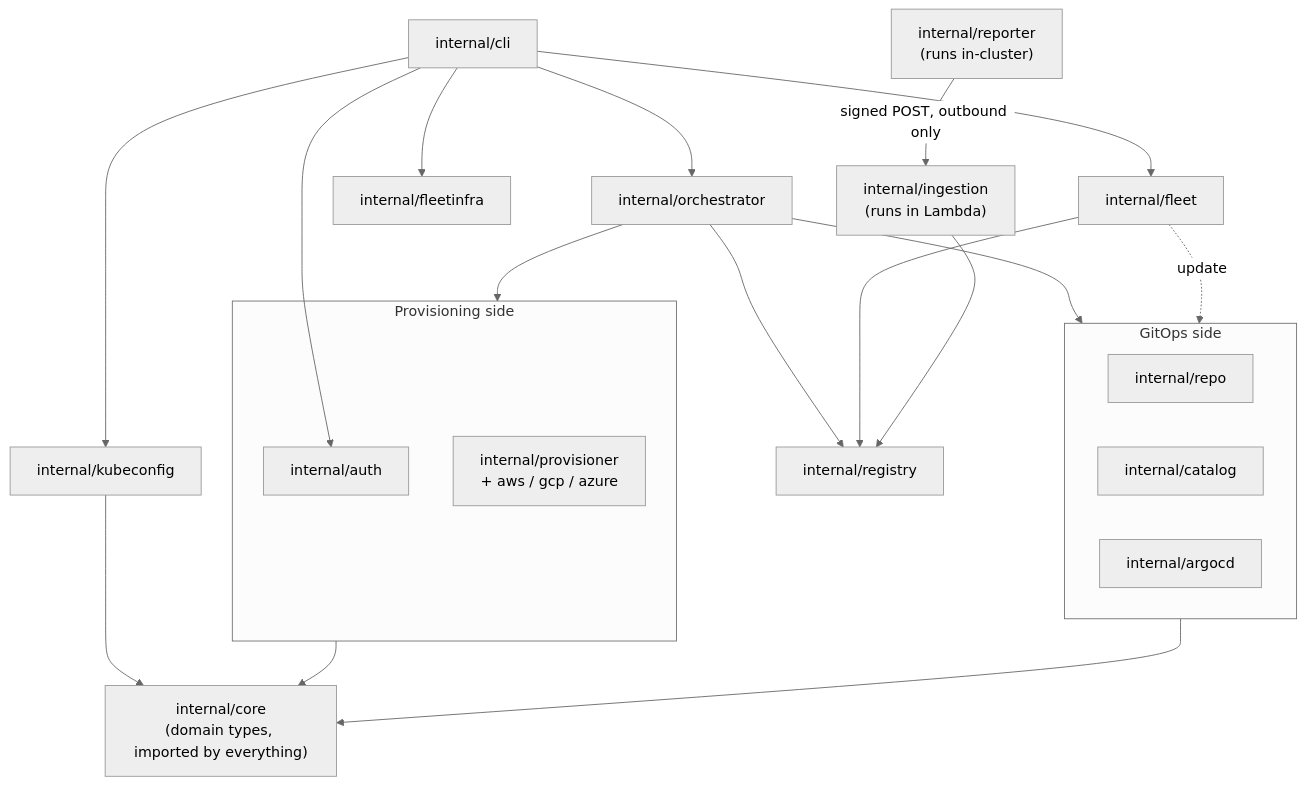
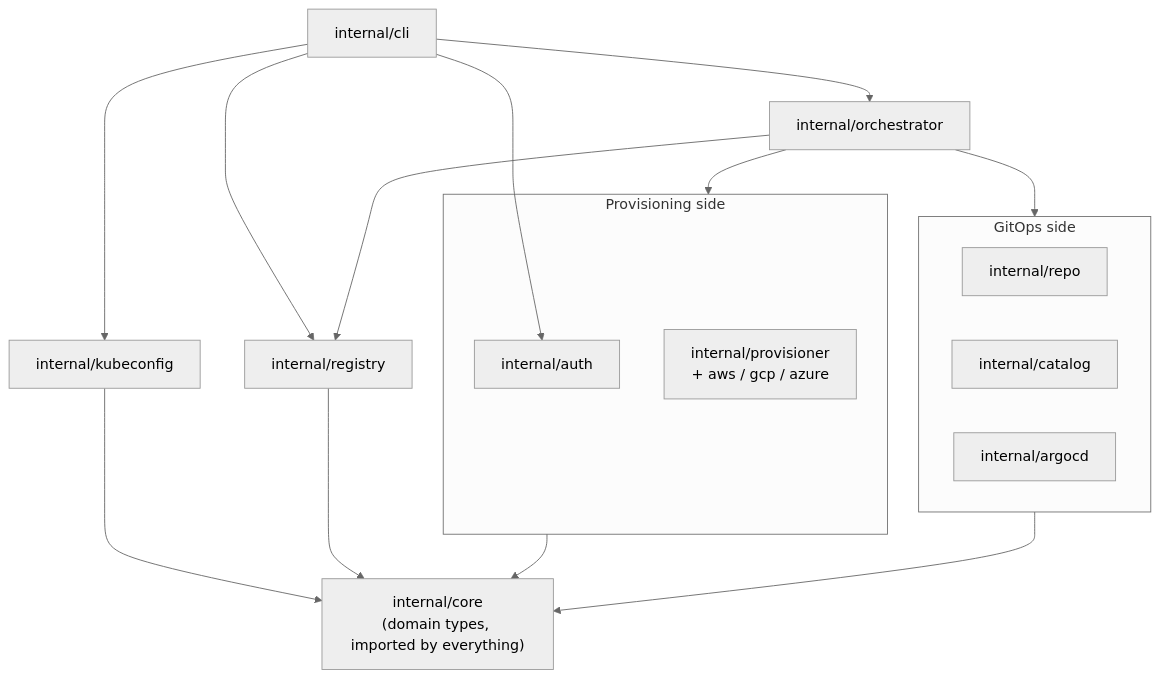
The diagram in docs/code-organization.md (GitOpsHub/kubespin), drawn with Mermaid (neutral theme) before and after one commit. The commit also changed other lines of this file and 132 other files, not shown here.

````diff
--- a/docs/code-organization.md
+++ b/docs/code-organization.md
@@ -84,44 +60,34 @@
 ```mermaid
 flowchart TB
     core["internal/core<br/>(domain types, imported by everything)"]
 
     subgraph provisioning["Provisioning side"]
         auth["internal/auth"]
         provisioner["internal/provisioner<br/>+ aws / gcp / azure"]
     end
 
     subgraph gitops["GitOps side"]
         repo["internal/repo"]
         catalog["internal/catalog"]
         argocd["internal/argocd"]
     end
 
     orchestrator["internal/orchestrator"]
     registry["internal/registry"]
-    fleet["internal/fleet"]
     cli["internal/cli"]
-    fleetinfra["internal/fleetinfra"]
     kubeconfig["internal/kubeconfig"]
-
-    reporter["internal/reporter<br/>(runs in-cluster)"]
-    ingestion["internal/ingestion<br/>(runs in Lambda)"]
 
     cli --> auth
     cli --> orchestrator
-    cli --> fleet
-    cli --> fleetinfra
+    cli --> registry
     cli --> kubeconfig
 
     orchestrator --> provisioning
     orchestrator --> gitops
     orchestrator --> registry
-    fleet --> registry
-    fleet -.->|update| gitops
 
     provisioning --> core
     gitops --> core
     kubeconfig --> core
-
-    reporter -->|"signed POST, outbound only"| ingestion
-    ingestion --> registry
+    registry --> core
 ```
````
